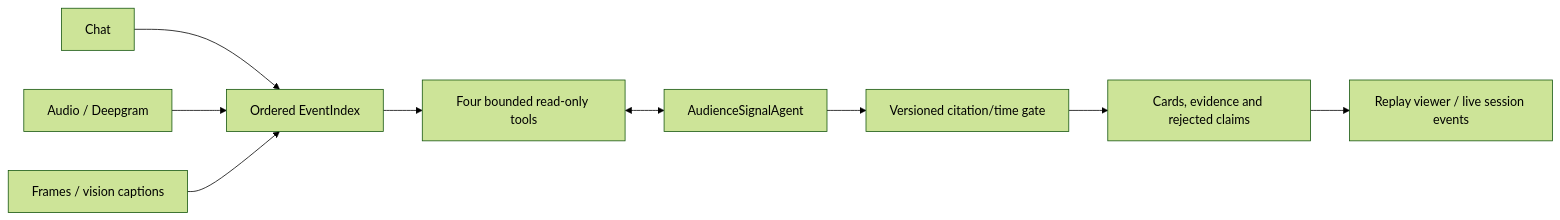
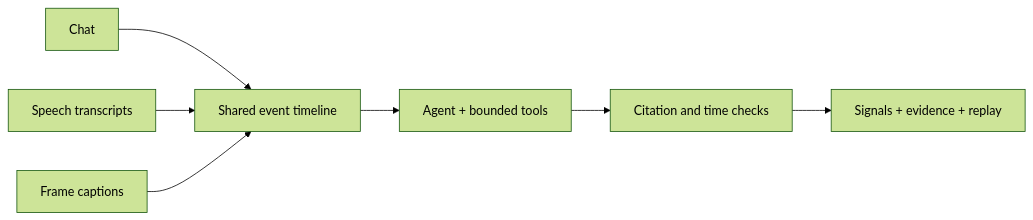
Before and after one commit to tolyaho/twinky: the diagram in README.md, drawn with Mermaid (forest theme). The commit also changed other lines of this file and 7 other files, not shown here.

````diff
--- a/README.md
+++ b/README.md
@@ -64,11 +44,9 @@
 ```mermaid
 flowchart LR
-  C[Chat] --> E[Ordered EventIndex]
-  A[Audio / Deepgram] --> E
-  V[Frames / vision captions] --> E
-  E --> T[Four bounded read-only tools]
-  T <--> G[AudienceSignalAgent]
-  G --> P[Versioned citation/time gate]
-  P --> R[Cards, evidence and rejected claims]
-  R --> D[Replay viewer / live session events]
+  C[Chat] --> E[Shared event timeline]
+  S[Speech transcripts] --> E
+  F[Frame captions] --> E
+  E --> T[Agent + bounded tools]
+  T --> G[Citation and time checks]
+  G --> R[Signals + evidence + replay]
 ```
````
